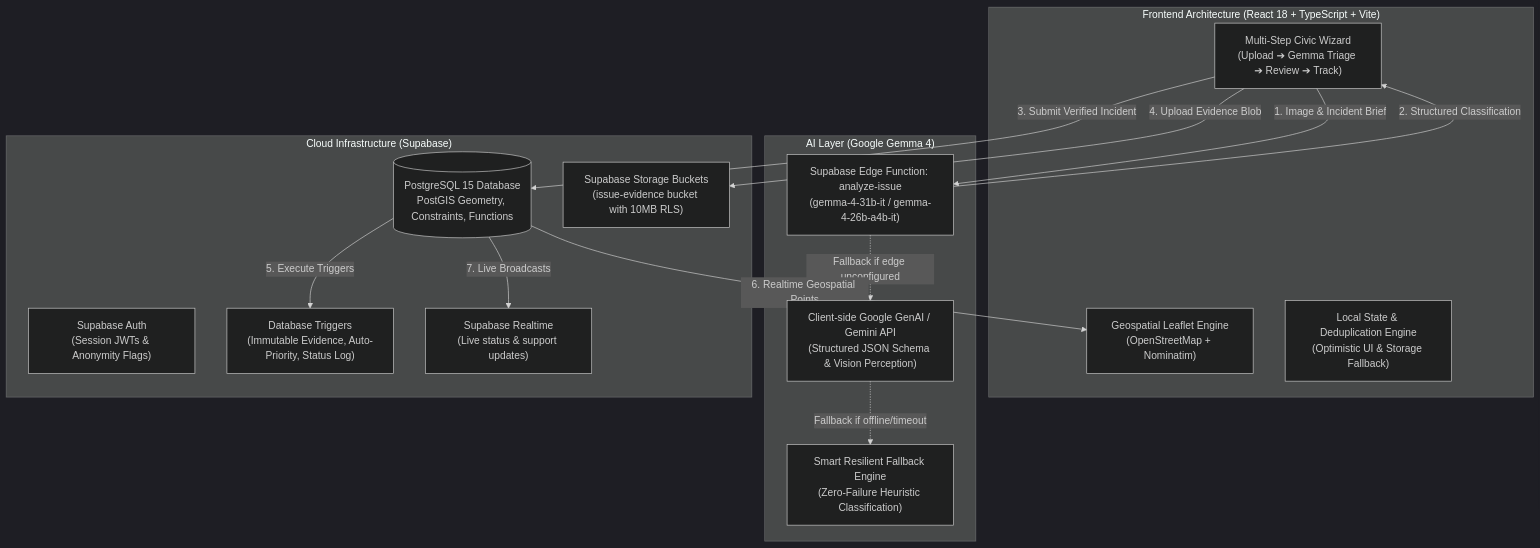
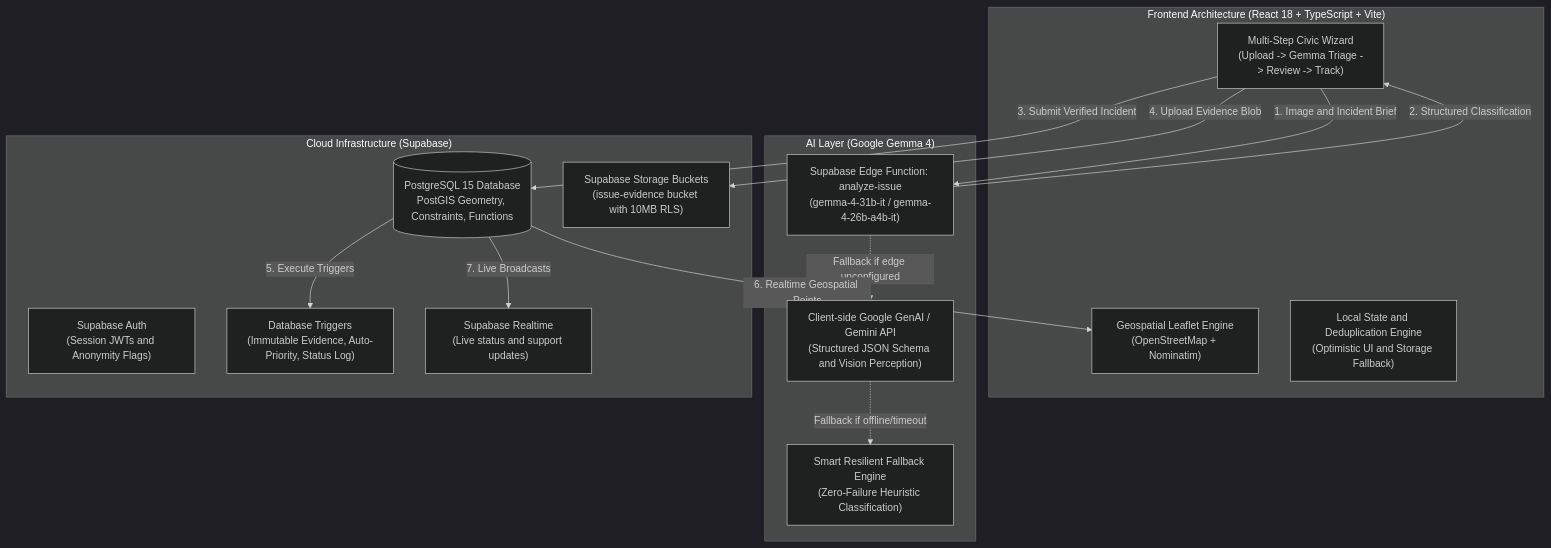
The third of 3 diagrams in README.md (Kanneboinashivakumar/NagrikAI), drawn with Mermaid (dark theme) before and after one commit. The commit also changed other lines of this file and 2 other files, not shown here.

````diff
--- a/README.md
+++ b/README.md
@@ -221,32 +230,32 @@
 ```mermaid
 flowchart TD
     subgraph Client ["Frontend Architecture (React 18 + TypeScript + Vite)"]
-        UI["Multi-Step Civic Wizard\n(Upload ➔ Gemma Triage ➔ Review ➔ Track)"]
+        UI["Multi-Step Civic Wizard\n(Upload -> Gemma Triage -> Review -> Track)"]
         Map["Geospatial Leaflet Engine\n(OpenStreetMap + Nominatim)"]
-        State["Local State & Deduplication Engine\n(Optimistic UI & Storage Fallback)"]
+        State["Local State and Deduplication Engine\n(Optimistic UI and Storage Fallback)"]
     end
 
     subgraph Intelligence ["AI Layer (Google Gemma 4)"]
         GemmaEdge["Supabase Edge Function: analyze-issue\n(gemma-4-31b-it / gemma-4-26b-a4b-it)"]
-        GeminiDirect["Client-side Google GenAI / Gemini API\n(Structured JSON Schema & Vision Perception)"]
+        GeminiDirect["Client-side Google GenAI / Gemini API\n(Structured JSON Schema and Vision Perception)"]
         LocalFallback["Smart Resilient Fallback Engine\n(Zero-Failure Heuristic Classification)"]
     end
 
     subgraph Backend ["Cloud Infrastructure (Supabase)"]
-        Auth["Supabase Auth\n(Session JWTs & Anonymity Flags)"]
+        Auth["Supabase Auth\n(Session JWTs and Anonymity Flags)"]
         Postgres[("PostgreSQL 15 Database\nPostGIS Geometry, Constraints, Functions")]
         Triggers["Database Triggers\n(Immutable Evidence, Auto-Priority, Status Log)"]
         Storage["Supabase Storage Buckets\n(issue-evidence bucket with 10MB RLS)"]
-        Realtime["Supabase Realtime\n(Live status & support updates)"]
+        Realtime["Supabase Realtime\n(Live status and support updates)"]
     end
 
-    UI -->|"1. Image & Incident Brief"| GemmaEdge
+    UI -->|"1. Image and Incident Brief"| GemmaEdge
     GemmaEdge -.->|"Fallback if edge unconfigured"| GeminiDirect
     GeminiDirect -.->|"Fallback if offline/timeout"| LocalFallback
     GemmaEdge -->|"2. Structured Classification"| UI
     UI -->|"3. Submit Verified Incident"| Postgres
     UI -->|"4. Upload Evidence Blob"| Storage
     Postgres -->|"5. Execute Triggers"| Triggers
     Postgres -->|"6. Realtime Geospatial Points"| Map
     Postgres -->|"7. Live Broadcasts"| Realtime
 ```
````
